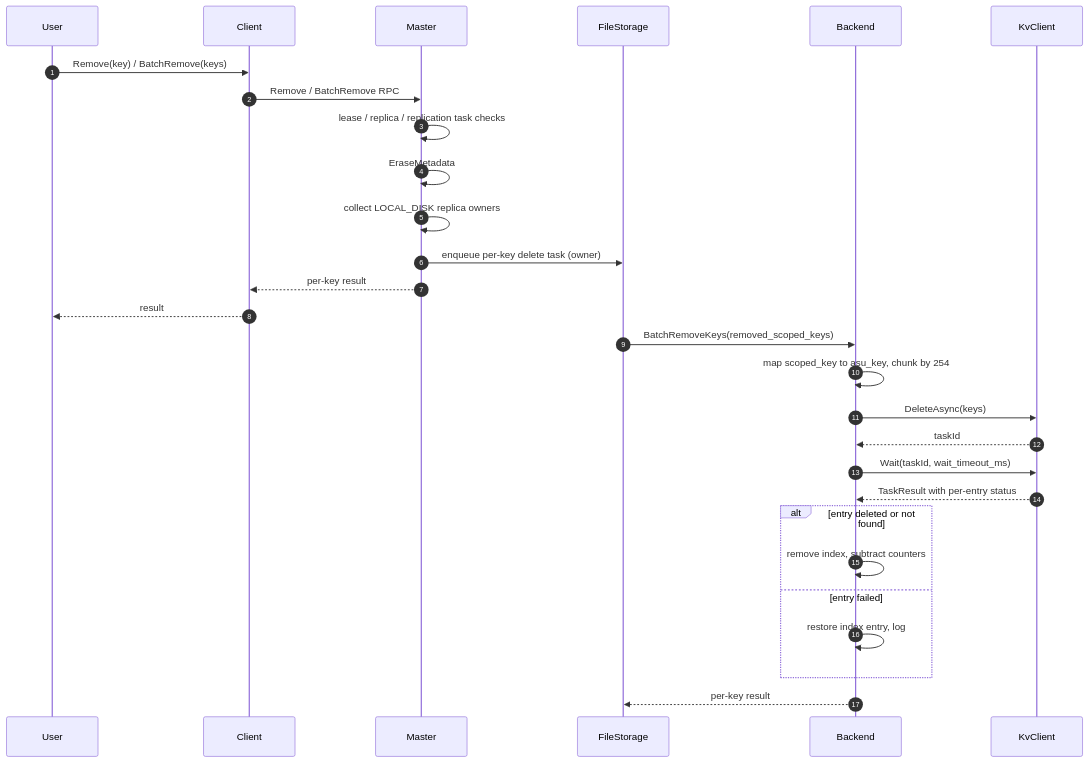
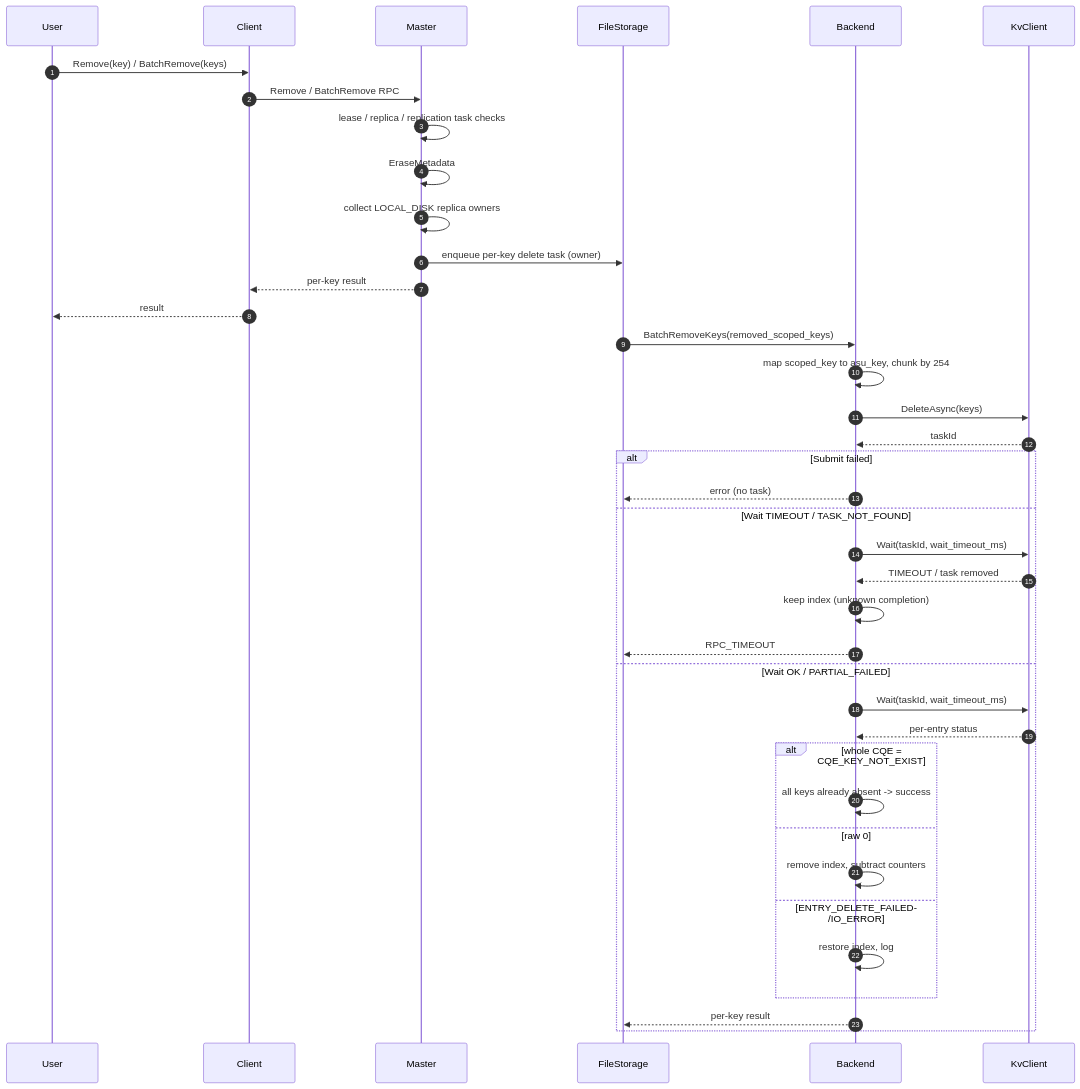
Diagram 13 of 14 in kv-client-storage-backend.md (zwj20000328-dotcom/Mooncake-documents), drawn with Mermaid before and after one commit. The commit also changed other lines of this file and 2 other files, not shown here.

````diff
--- a/kv-client-storage-backend.md
+++ b/kv-client-storage-backend.md
@@ -1319,33 +1474,44 @@
 ```mermaid
 sequenceDiagram
     autonumber
     participant U as User
     participant C as Client
     participant MS as Master
     participant FS as FileStorage
     participant BE as Backend
     participant KC as KvClient
 
     U->>C: Remove(key) / BatchRemove(keys)
     C->>MS: Remove / BatchRemove RPC
     MS->>MS: lease / replica / replication task checks
     MS->>MS: EraseMetadata
     MS->>MS: collect LOCAL_DISK replica owners
     MS->>FS: enqueue per-key delete task (owner)
     MS-->>C: per-key result
     C-->>U: result
 
     FS->>BE: BatchRemoveKeys(removed_scoped_keys)
     BE->>BE: map scoped_key to asu_key, chunk by 254
     BE->>KC: DeleteAsync(keys)
     KC-->>BE: taskId
-    BE->>KC: Wait(taskId, wait_timeout_ms)
-    KC-->>BE: TaskResult with per-entry status
 
-    alt entry deleted or not found
-        BE->>BE: remove index, subtract counters
-    else entry failed
-        BE->>BE: restore index entry, log
+    alt Submit failed
+        BE-->>FS: error (no task)
+    else Wait TIMEOUT / TASK_NOT_FOUND
+        BE->>KC: Wait(taskId, wait_timeout_ms)
+        KC-->>BE: TIMEOUT / task removed
+        BE->>BE: keep index (unknown completion)
+        BE-->>FS: RPC_TIMEOUT
+    else Wait OK / PARTIAL_FAILED
+        BE->>KC: Wait(taskId, wait_timeout_ms)
+        KC-->>BE: per-entry status
+        alt whole CQE = CQE_KEY_NOT_EXIST
+            BE->>BE: all keys already absent -> success
+        else raw 0
+            BE->>BE: remove index, subtract counters
+        else ENTRY_DELETE_FAILED/IO_ERROR
+            BE->>BE: restore index, log
+        end
+        BE-->>FS: per-key result
     end
-    BE-->>FS: per-key result
 ```
````
